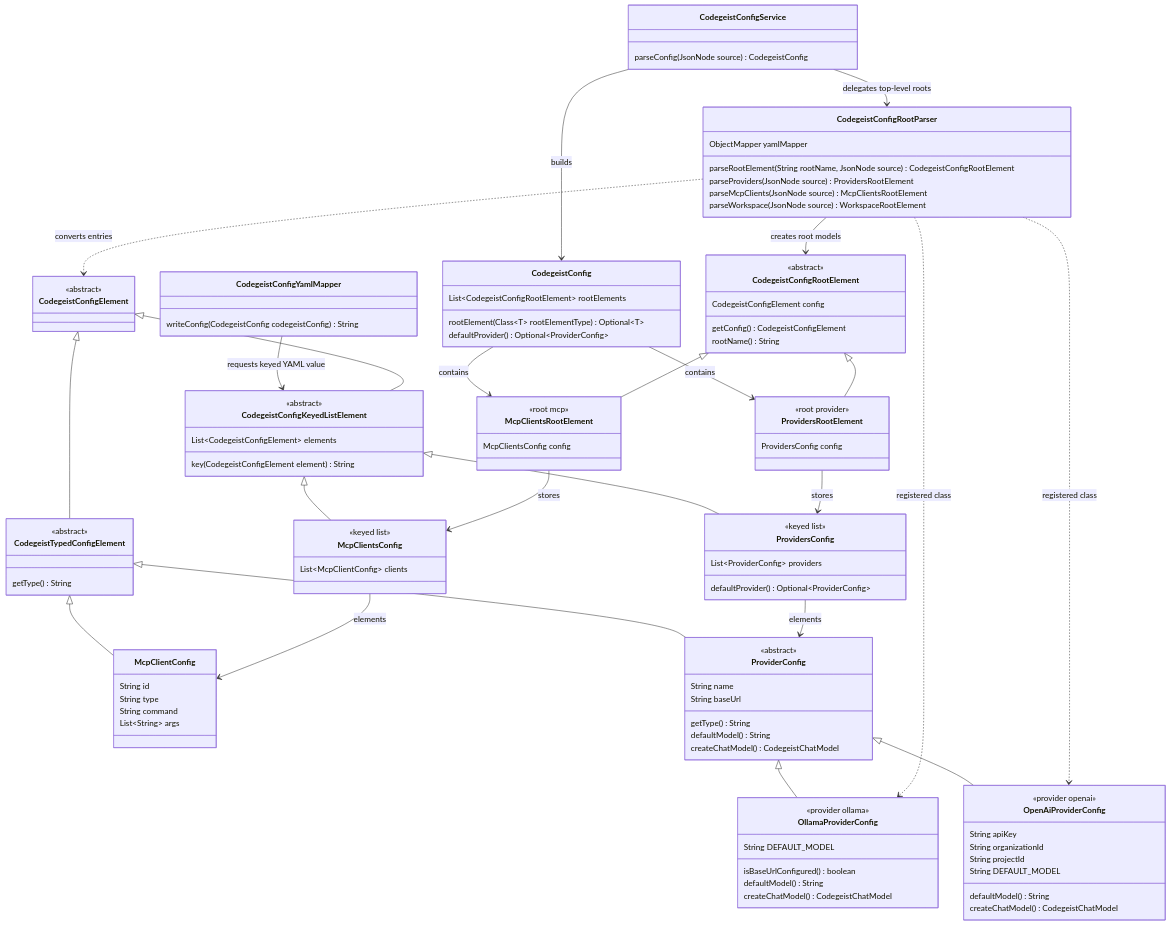
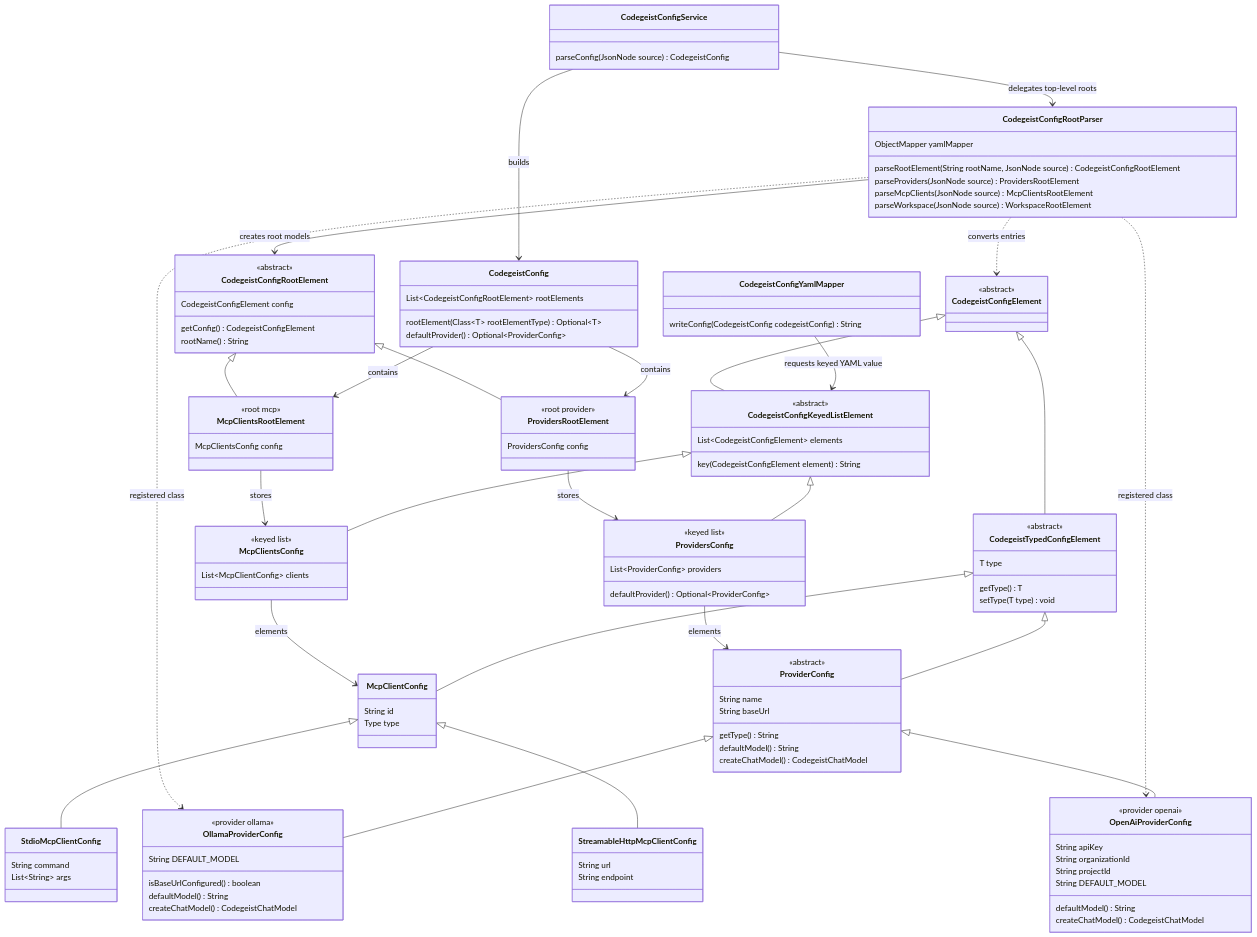
One commit to codegeist-ai/codegeist changed the third of 7 diagrams in docs/developer/architecture/provider-configuration.md. Above: the diagram before and after it, drawn with Mermaid. The commit also changed other lines of this file and 55 other files, not shown here.

```diff
--- a/docs/developer/architecture/provider-configuration.md
+++ b/docs/developer/architecture/provider-configuration.md
@@ -153,7 +333,9 @@
 
     class CodegeistTypedConfigElement {
       <<abstract>>
-      getType() String
+      T type
+      getType() T
+      setType(T type) void
     }
 
     class CodegeistConfigKeyedListElement {
@@ -208,9 +390,17 @@
 
     class McpClientConfig {
       String id
-      String type
+      Type type
+    }
+
+    class StdioMcpClientConfig {
       String command
       List~String~ args
+    }
+
+    class StreamableHttpMcpClientConfig {
+      String url
+      String endpoint
     }
 
     class ProviderConfig {
@@ -250,6 +440,8 @@
     CodegeistConfigElement <|-- CodegeistConfigKeyedListElement
     CodegeistTypedConfigElement <|-- ProviderConfig
     CodegeistTypedConfigElement <|-- McpClientConfig
+    McpClientConfig <|-- StdioMcpClientConfig
+    McpClientConfig <|-- StreamableHttpMcpClientConfig
     CodegeistConfigKeyedListElement <|-- ProvidersConfig
     CodegeistConfigKeyedListElement <|-- McpClientsConfig
     CodegeistConfigRootElement <|-- ProvidersRootElement
```
